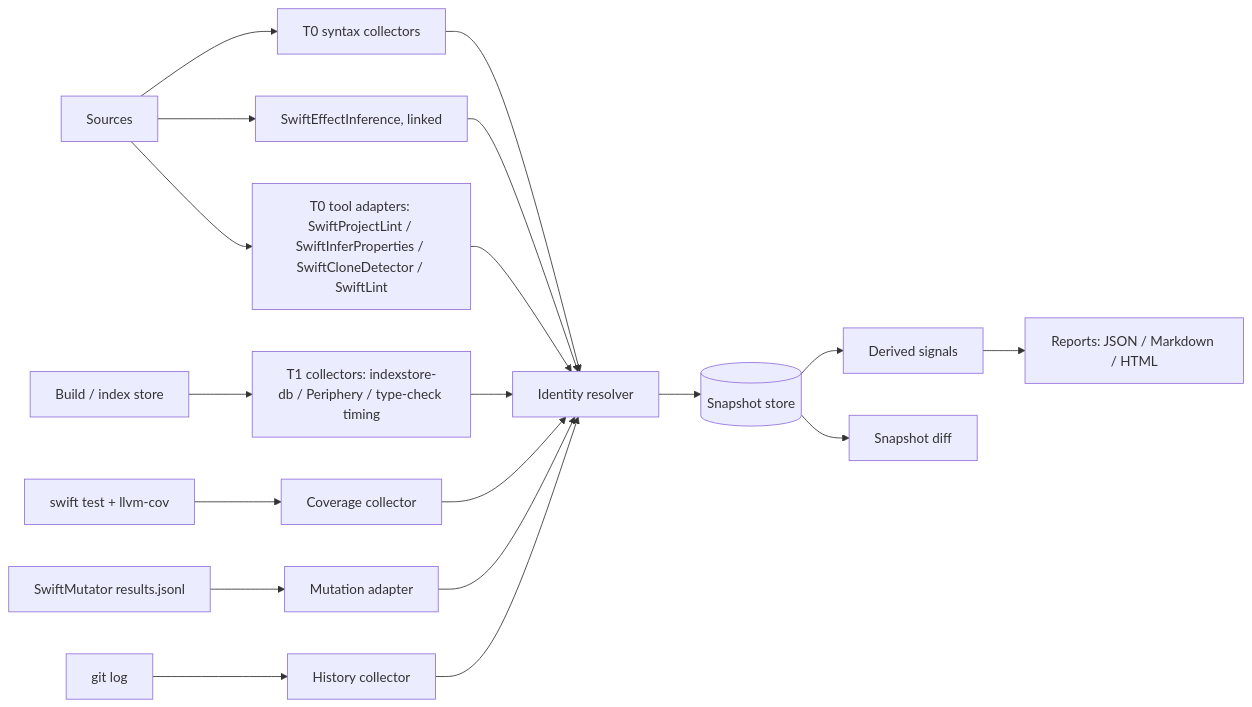
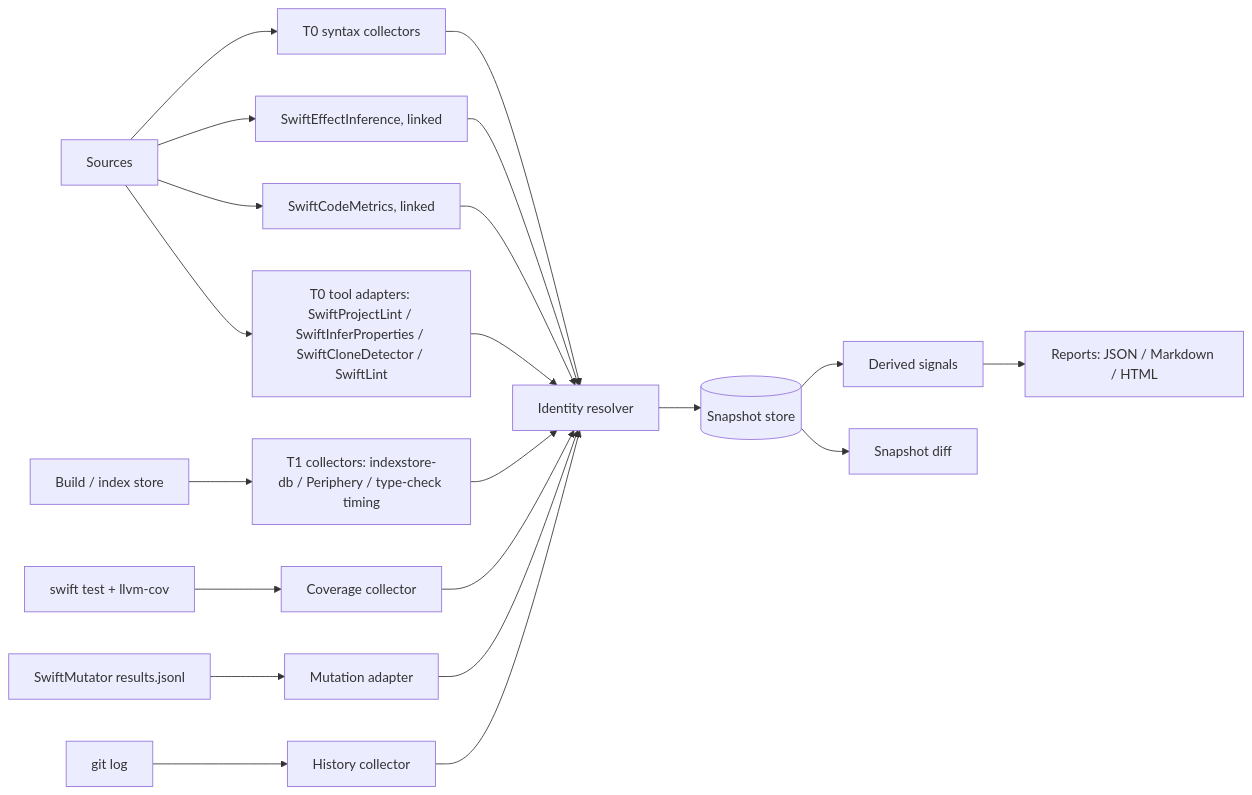
The diagram in Docs/PRD.md (Joseph-Cursio/SwiftStats), drawn with Mermaid before and after one commit. The commit also changed other lines of this file, not shown here.

First line of the commit message:
PRD v0.2.2: take complexity and coupling from SwiftCodeMetrics

````diff
--- a/Docs/PRD.md
+++ b/Docs/PRD.md
@@ -394,15 +400,16 @@
 ```mermaid
 flowchart LR
     SRC[Sources] --> T0[T0 syntax collectors]
     SRC --> SEI[SwiftEffectInference, linked]
+    SRC --> SCM[SwiftCodeMetrics, linked]
     SRC --> AD[T0 tool adapters: SwiftProjectLint / SwiftInferProperties / SwiftCloneDetector / SwiftLint]
     BUILD[Build / index store] --> T1[T1 collectors: indexstore-db / Periphery / type-check timing]
     TESTS[swift test + llvm-cov] --> T2[Coverage collector]
     MUT[SwiftMutator results.jsonl] --> T3[Mutation adapter]
     GIT[git log] --> TH[History collector]
-    T0 & SEI & AD & T1 & T2 & T3 & TH --> ID[Identity resolver]
+    T0 & SEI & SCM & AD & T1 & T2 & T3 & TH --> ID[Identity resolver]
     ID --> STORE[(Snapshot store)]
     STORE --> DER[Derived signals]
     DER --> REP[Reports: JSON / Markdown / HTML]
     STORE --> DIFF[Snapshot diff]
 ```
````
